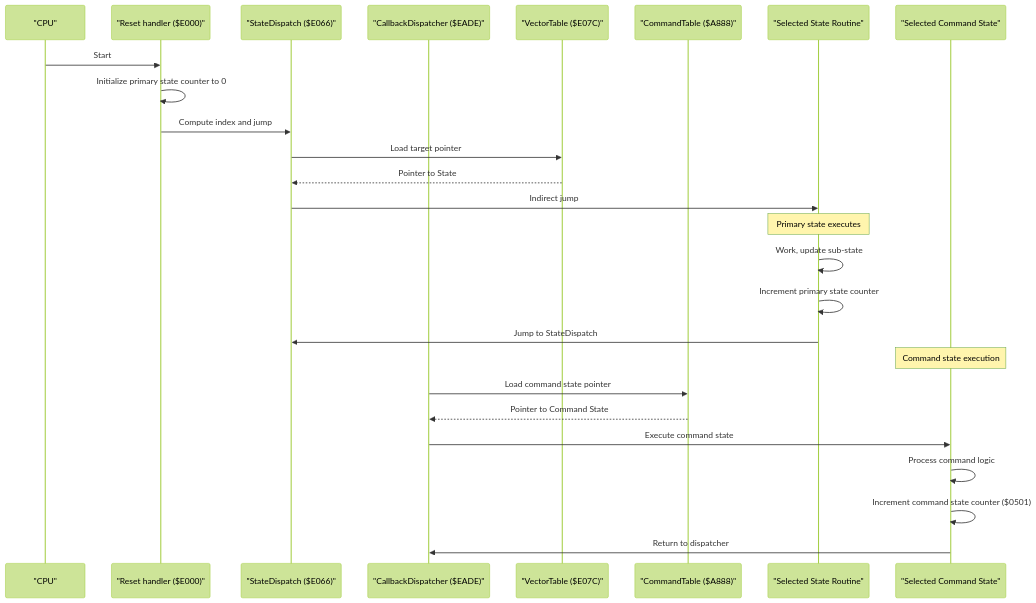
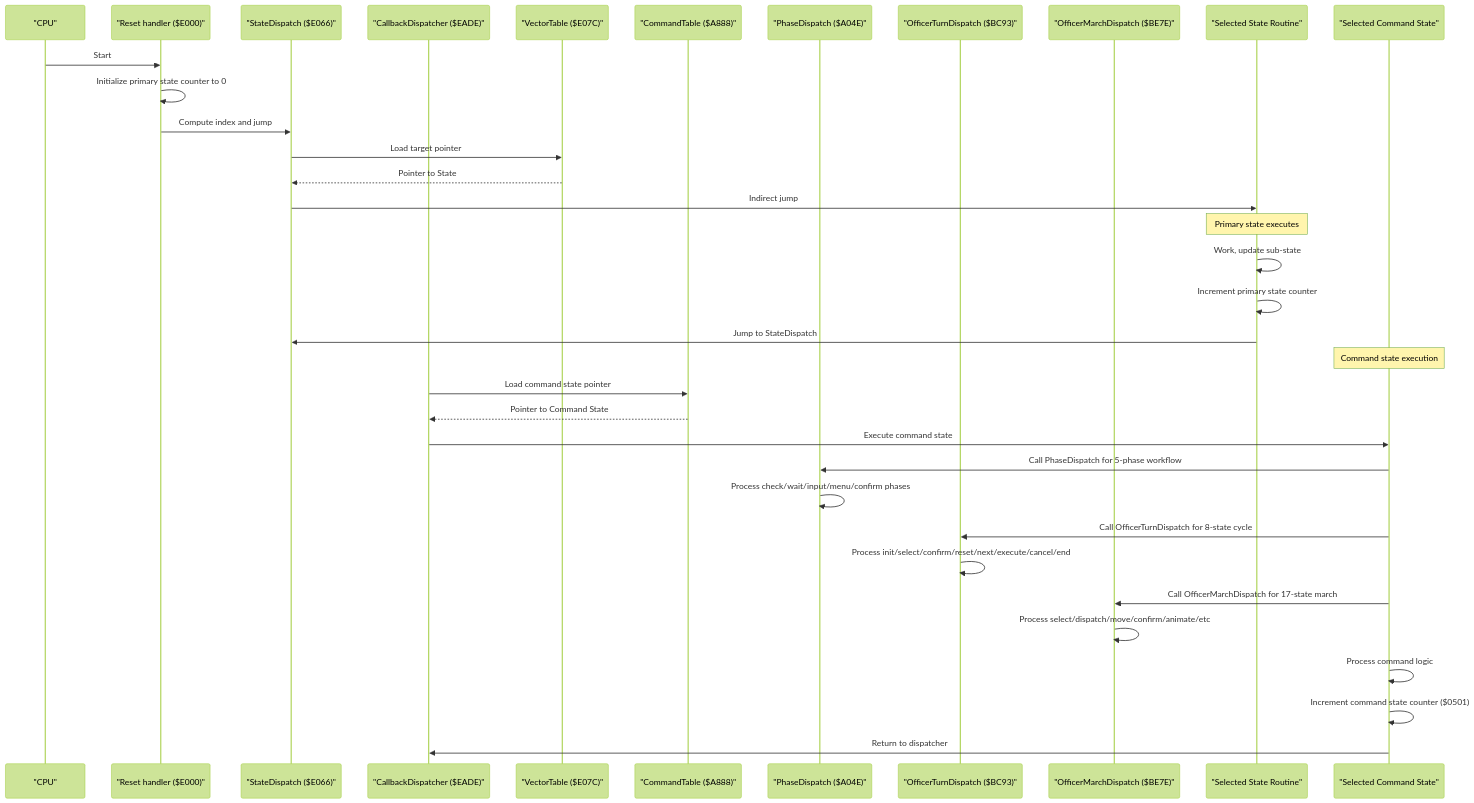
Before and after one commit to rabbyzero/sango2dasm: the second of 7 diagrams in .qoder/repowiki/en/content/Game State Management/State Machine Architecture/State Machine Architecture.md, drawn with Mermaid (forest theme). The commit also changed other lines of this file and 34 other files, not shown here.

````diff
--- a/.qoder/repowiki/en/content/Game State Management/State Machine Architecture/State Machine Architecture.md
+++ b/.qoder/repowiki/en/content/Game State Management/State Machine Architecture/State Machine Architecture.md
@@ -126,28 +130,37 @@
 ```mermaid
 sequenceDiagram
 participant CPU as "CPU"
 participant Reset as "Reset handler ($E000)"
 participant StateDisp as "StateDispatch ($E066)"
 participant CmdDisp as "CallbackDispatcher ($EADE)"
 participant StateVT as "VectorTable ($E07C)"
 participant CmdVT as "CommandTable ($A888)"
+participant PhaseDisp as "PhaseDispatch ($A04E)"
+participant TurnDisp as "OfficerTurnDispatch ($BC93)"
+participant MarchDisp as "OfficerMarchDispatch ($BE7E)"
 participant State as "Selected State Routine"
 participant CmdState as "Selected Command State"
 CPU->>Reset : Start
 Reset->>Reset : Initialize primary state counter to 0
 Reset->>StateDisp : Compute index and jump
 StateDisp->>StateVT : Load target pointer
 StateVT-->>StateDisp : Pointer to State
 StateDisp->>State : Indirect jump
 Note over State : Primary state executes
 State->>State : Work, update sub-state
 State->>State : Increment primary state counter
 State->>StateDisp : Jump to StateDispatch
 Note over CmdState : Command state execution
 CmdDisp->>CmdVT : Load command state pointer
 CmdVT-->>CmdDisp : Pointer to Command State
 CmdDisp->>CmdState : Execute command state
+CmdState->>PhaseDisp : Call PhaseDispatch for 5-phase workflow
+PhaseDisp->>PhaseDisp : Process check/wait/input/menu/confirm phases
+CmdState->>TurnDisp : Call OfficerTurnDispatch for 8-state cycle
+TurnDisp->>TurnDisp : Process init/select/confirm/reset/next/execute/cancel/end
+CmdState->>MarchDisp : Call OfficerMarchDispatch for 17-state march
+MarchDisp->>MarchDisp : Process select/dispatch/move/confirm/animate/etc
 CmdState->>CmdState : Process command logic
 CmdState->>CmdState : Increment command state counter ($0501)
 CmdState->>CmdDisp : Return to dispatcher
 ```
````
